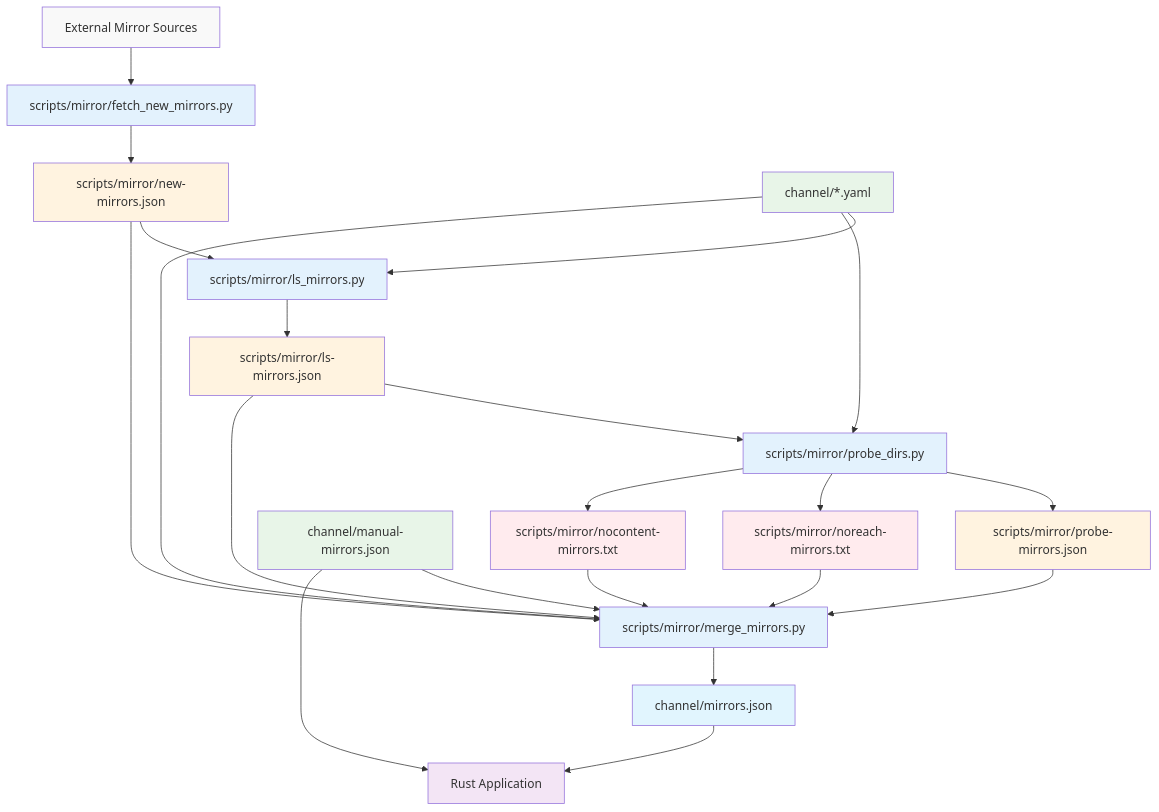
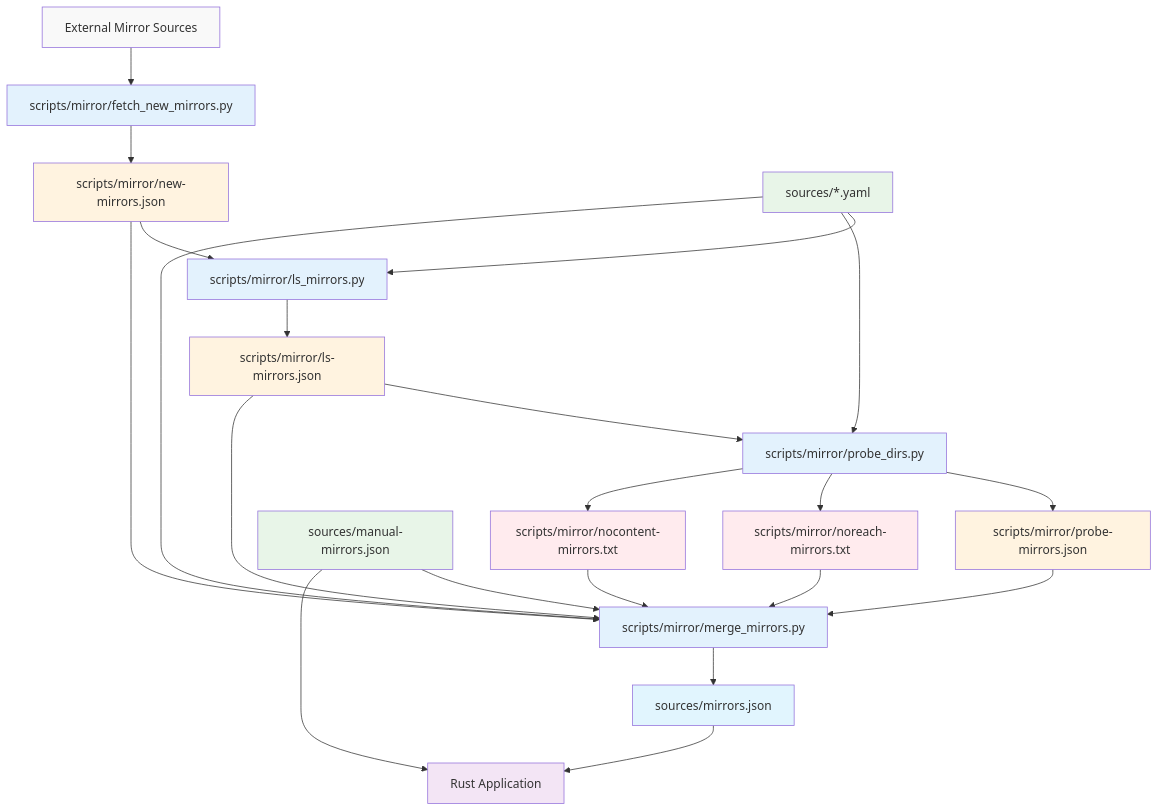
Before and after one commit to xiaobingling93-pixel/openeuler-epkg: the first of 6 diagrams in scripts/mirror/usage.md, drawn with Mermaid. The commit also changed other lines of this file and 49 other files, not shown here.

Commit message:
Rename channel/ to sources/

````diff
--- a/scripts/mirror/usage.md
+++ b/scripts/mirror/usage.md
@@ -30,48 +30,48 @@
 ```mermaid
 graph TB
     A[External Mirror Sources] --> B[scripts/mirror/fetch_new_mirrors.py]
     B --> C[scripts/mirror/new-mirrors.json]
 
     C --> D[scripts/mirror/ls_mirrors.py]
     D --> E[scripts/mirror/ls-mirrors.json]
 
     E --> F[scripts/mirror/probe_dirs.py]
     F --> G[scripts/mirror/probe-mirrors.json]
     F --> H[scripts/mirror/noreach-mirrors.txt]
     F --> I[scripts/mirror/nocontent-mirrors.txt]
 
-    J[channel/manual-mirrors.json] --> K[scripts/mirror/merge_mirrors.py]
+    J[sources/manual-mirrors.json] --> K[scripts/mirror/merge_mirrors.py]
     C --> K
     E --> K
     G --> K
     H --> K
     I --> K
 
-    K --> L[channel/mirrors.json]
+    K --> L[sources/mirrors.json]
     L --> M[Rust Application]
     J --> M
 
-    N[channel/*.yaml] --> D
+    N[sources/*.yaml] --> D
     N --> F
     N --> K
 
     %% Color coding by file type
     style A fill:#f9f9f9,color:#333    %% External sources
     style B fill:#e3f2fd,color:#1976d2  %% Python scripts
     style D fill:#e3f2fd,color:#1976d2  %% Python scripts
     style F fill:#e3f2fd,color:#1976d2  %% Python scripts
     style K fill:#e3f2fd,color:#1976d2  %% Python scripts
 
     style C fill:#fff3e0,color:#f57c00  %% JSON processing files
     style E fill:#fff3e0,color:#f57c00  %% JSON processing files
     style G fill:#fff3e0,color:#f57c00  %% JSON processing files
 
     style H fill:#ffebee,color:#d32f2f  %% Error/blacklist files
     style I fill:#ffebee,color:#d32f2f  %% Error/blacklist files
 
     style J fill:#e8f5e8,color:#388e3c  %% Manual config files
     style N fill:#e8f5e8,color:#388e3c  %% Config files
 
     style L fill:#e1f5fe,color:#0277bd  %% Final output
     style M fill:#f3e5f5,color:#7b1fa2  %% Rust application
 ```
````
